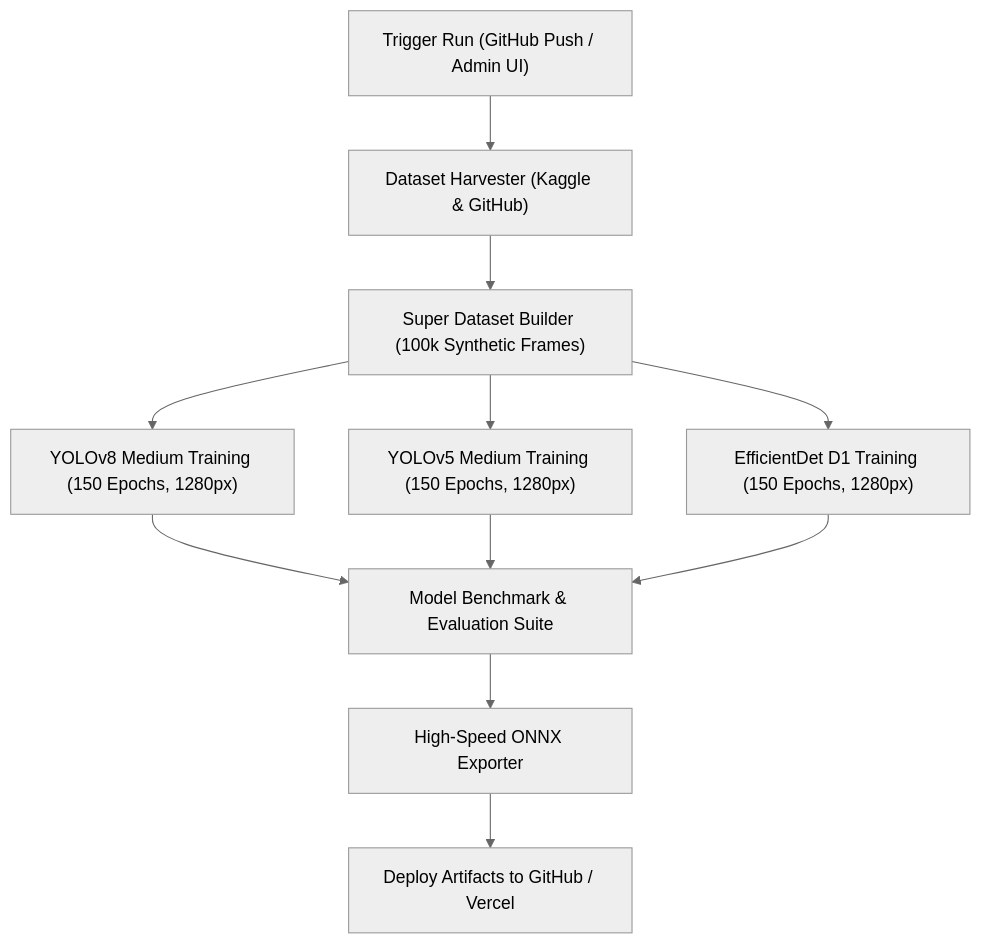
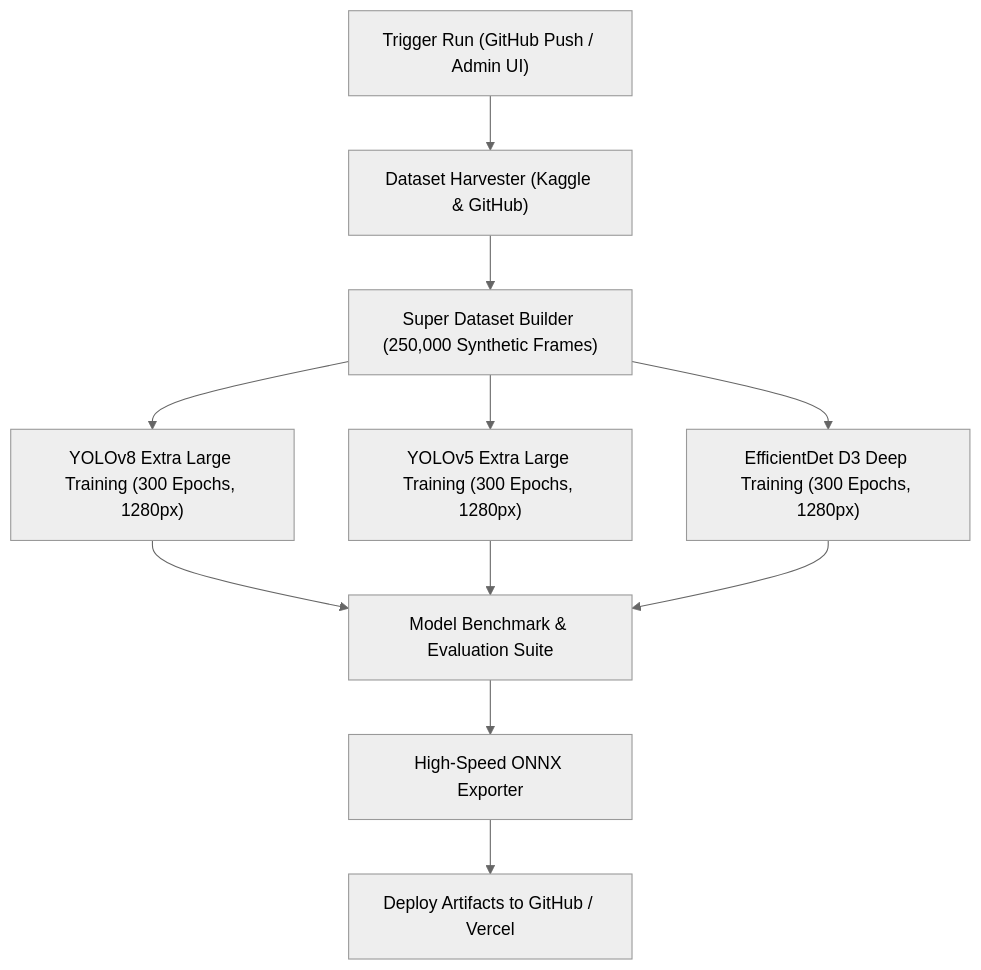
One commit to udbhav968-creator/opencv changed the fourth of 6 diagrams in README.md. Above: the diagram before and after it, drawn with Mermaid (neutral theme). The commit also changed other lines of this file and 2 other files, not shown here.

Commit message:
feat: Upgrade to Ultra-Deep training strategy (250k synthetic samples, 300 epochs, YOLOv8x/v5x/EfficientDet D3) and update README with 6 flowcharts

````diff
--- a/README.md
+++ b/README.md
@@ -59,11 +75,11 @@
 ```mermaid
 flowchart TD
     A["Trigger Run (GitHub Push / Admin UI)"] --> B["Dataset Harvester (Kaggle & GitHub)"]
-    B --> C["Super Dataset Builder (100k Synthetic Frames)"]
-    C --> D["YOLOv8 Medium Training (150 Epochs, 1280px)"]
-    C --> E["YOLOv5 Medium Training (150 Epochs, 1280px)"]
-    C --> F["EfficientDet D1 Training (150 Epochs, 1280px)"]
+    B --> C["Super Dataset Builder (250,000 Synthetic Frames)"]
+    C --> D["YOLOv8 Extra Large Training (300 Epochs, 1280px)"]
+    C --> E["YOLOv5 Extra Large Training (300 Epochs, 1280px)"]
+    C --> F["EfficientDet D3 Deep Training (300 Epochs, 1280px)"]
     D & E & F --> G["Model Benchmark & Evaluation Suite"]
     G --> H["High-Speed ONNX Exporter"]
     H --> I["Deploy Artifacts to GitHub / Vercel"]
 ```
````
